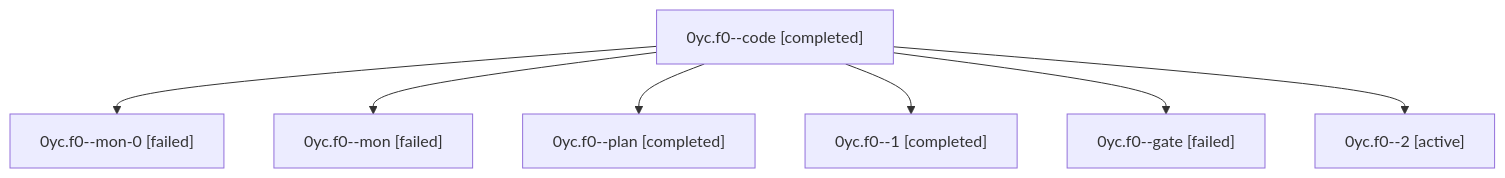
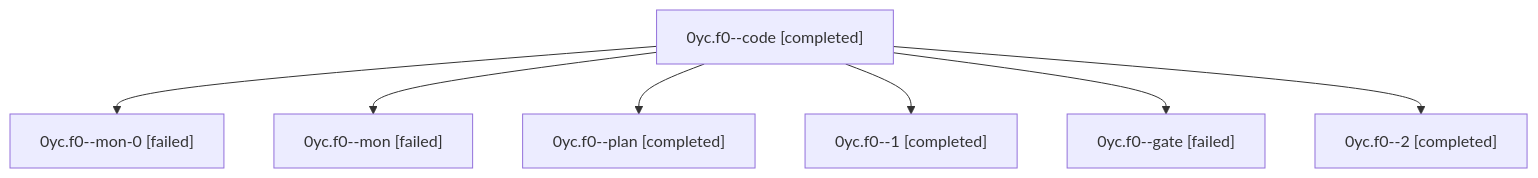
The diagram in sessions/bbugyi200.athena.0yc.f0.md (bobs-org/bob-cli--agents), drawn with Mermaid before and after one commit. The commit also changed other lines of this file and 25 other files, not shown here.

````diff
--- a/sessions/bbugyi200.athena.0yc.f0.md
+++ b/sessions/bbugyi200.athena.0yc.f0.md
@@ -9,16 +9,16 @@
 ```mermaid
 flowchart TD
   n0["0yc.f0--code [completed]"]
   n1["0yc.f0--mon-0 [failed]"]
   n0 --> n1
   n2["0yc.f0--mon [failed]"]
   n0 --> n2
   n3["0yc.f0--plan [completed]"]
   n0 --> n3
   n4["0yc.f0--1 [completed]"]
   n0 --> n4
   n5["0yc.f0--gate [failed]"]
   n0 --> n5
-  n6["0yc.f0--2 [active]"]
+  n6["0yc.f0--2 [completed]"]
   n0 --> n6
 ```
````
